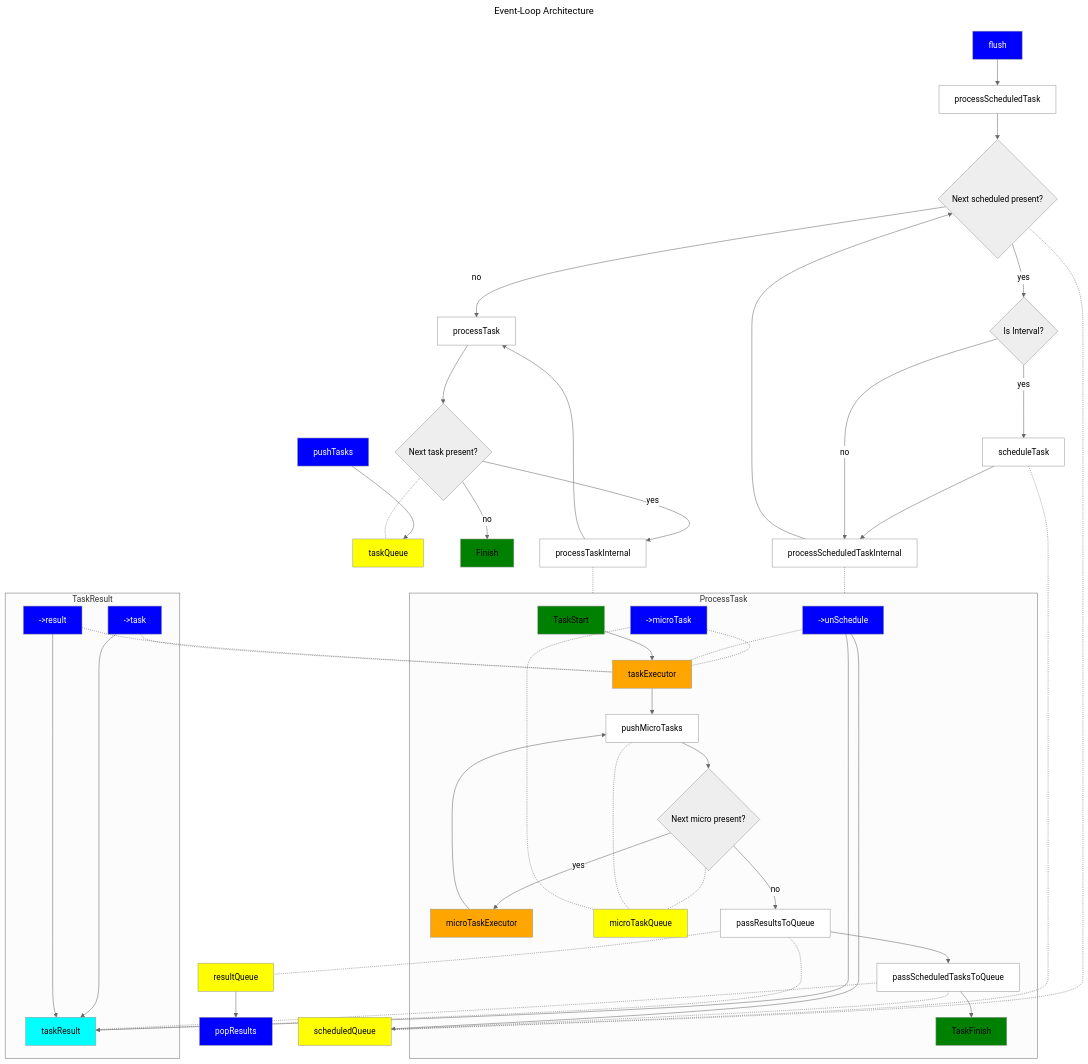
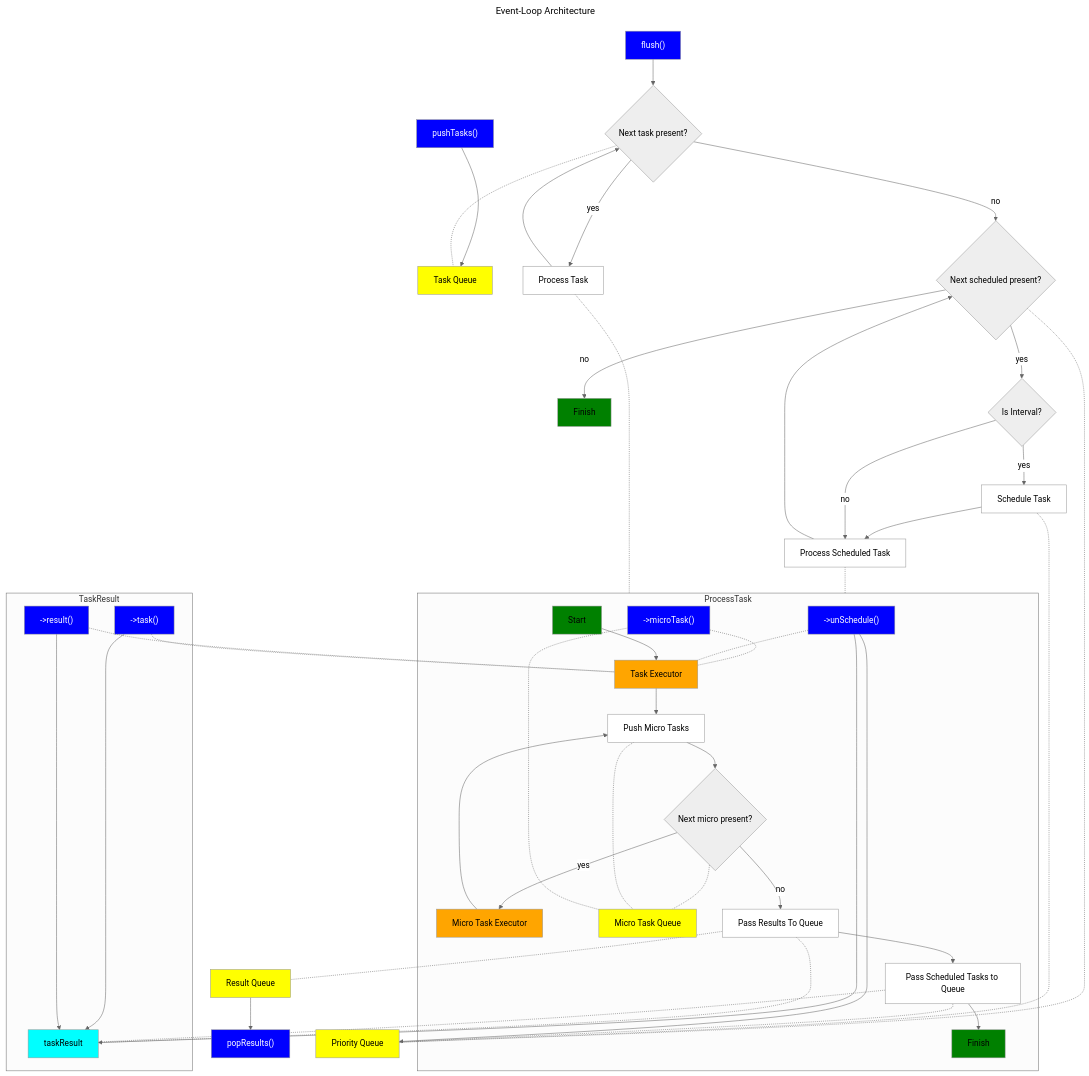
Before and after one commit to czlowiek488/OdinBasePack: the diagram in README.md, drawn with Mermaid (neutral theme). The commit also changed other lines of this file and 2 other files, not shown here.

Commit message:
feat: update diagram

```diff
--- a/README.md
+++ b/README.md
@@ -26,35 +26,33 @@
    classDef Executor fill:orange,color:black
    classDef TaskResult fill:aqua,color:black
 
-   pushTasks:::Operation
-   popResults:::Operation
-   flush:::Operation
-   task[->task]:::Operation
-   microTask[->microTask]:::Operation
-   result[->result]:::Operation
-   unSchedule[->unSchedule]:::Operation
+   pushTasks["pushTasks()"]:::Operation
+   popResults["popResults()"]:::Operation
+   flush["flush()"]:::Operation
+   task["->task()"]:::Operation
+   microTask["->microTask()"]:::Operation
+   result["->result()"]:::Operation
+   unSchedule["->unSchedule()"]:::Operation
 
-   taskExecutor:::Executor
-   microTaskExecutor:::Executor
+   taskExecutor[Task Executor]:::Executor
+   microTaskExecutor[Micro Task Executor]:::Executor
 
-   taskQueue:::Queue
-   microTaskQueue:::Queue
-   scheduledQueue:::Queue
-   resultQueue:::Queue
+   taskQueue[Task Queue]:::Queue
+   microTaskQueue[Micro Task Queue]:::Queue
+   scheduledQueue[Priority Queue]:::Queue
+   resultQueue[Result Queue]:::Queue
    
    Finish:::Finish
-   TaskFinish:::Finish
-   TaskStart:::Finish
+   TaskFinish["Finish"]:::Finish
+   TaskStart["Start"]:::Finish
 
-   processScheduledTask:::Process
-   processScheduledTaskInternal:::Process
-   processTaskInternal:::Process
-   passResultsToQueue:::Process
-   passScheduledTasksToQueue:::Process
-   scheduleTask:::Process
+   processScheduledTask["Process Scheduled Task"]:::Process
+   processTask["Process Task"]:::Process
+   passResultsToQueue["Pass Results To Queue"]:::Process
+   passScheduledTasksToQueue["Pass Scheduled Tasks to Queue"]:::Process
+   scheduleTask["Schedule Task"]:::Process
 
-   processTask:::Process
-   pushMicroTasks:::Process
+   pushMicroTasks["Push Micro Tasks"]:::Process
 
    nextScheduledTaskPresent@{ shape: diamond, label: "Next scheduled present?" }
    isInterval@{ shape: diamond, label: "Is Interval?" }
@@ -63,22 +61,20 @@
 
    pushTasks --> taskQueue
    resultQueue --> popResults
-   flush --> processScheduledTask
-   processScheduledTask --> nextScheduledTaskPresent
+   flush --> nextTaskPresent
+   nextTaskPresent -->|yes| processTask
+   processTask --> nextTaskPresent
+   nextTaskPresent -->|no| nextScheduledTaskPresent
    nextScheduledTaskPresent -->|yes| isInterval
    isInterval -->|yes| scheduleTask
-   scheduleTask --> processScheduledTaskInternal 
-   isInterval -->|no| processScheduledTaskInternal
-   processScheduledTaskInternal --> nextScheduledTaskPresent
-   nextScheduledTaskPresent -->|no| processTask
-   processTask --> nextTaskPresent
-   nextTaskPresent -->|yes| processTaskInternal
-   processTaskInternal --> processTask
-   nextTaskPresent -->|no| Finish 
+   scheduleTask --> processScheduledTask 
+   isInterval -->|no| processScheduledTask
+   processScheduledTask --> nextScheduledTaskPresent
+   nextScheduledTaskPresent -->|no| Finish 
 
 
-   processScheduledTaskInternal -.- ProcessTask
-   processTaskInternal -.- ProcessTask
+   processScheduledTask -.- ProcessTask
+   processTask -.- ProcessTask
    nextTaskPresent -.- taskQueue
    passResultsToQueue -.- resultQueue
    passScheduledTasksToQueue -.- scheduledQueue
```
